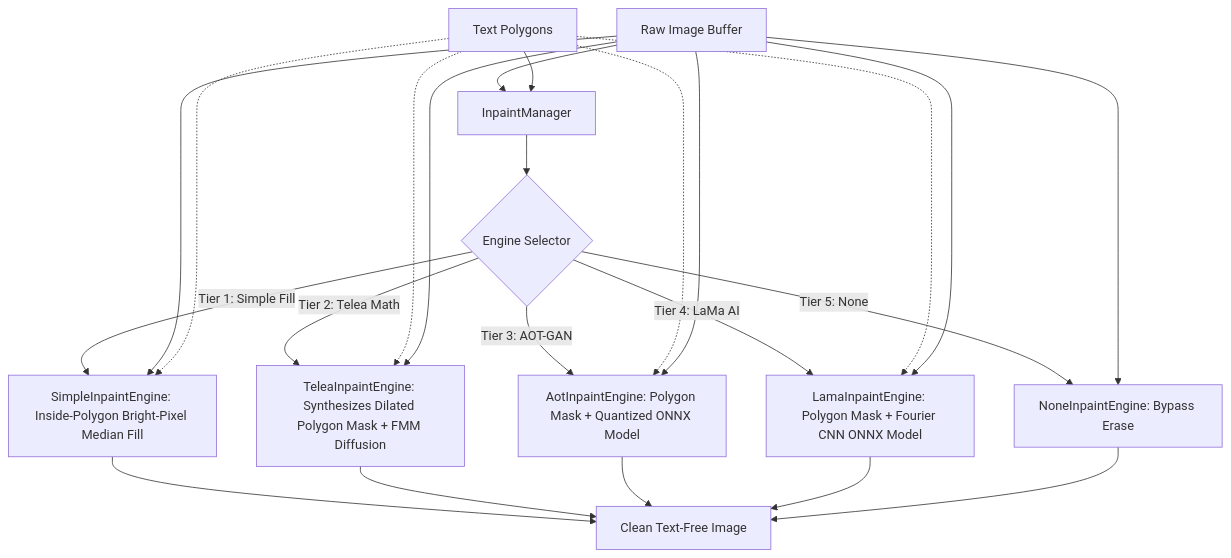
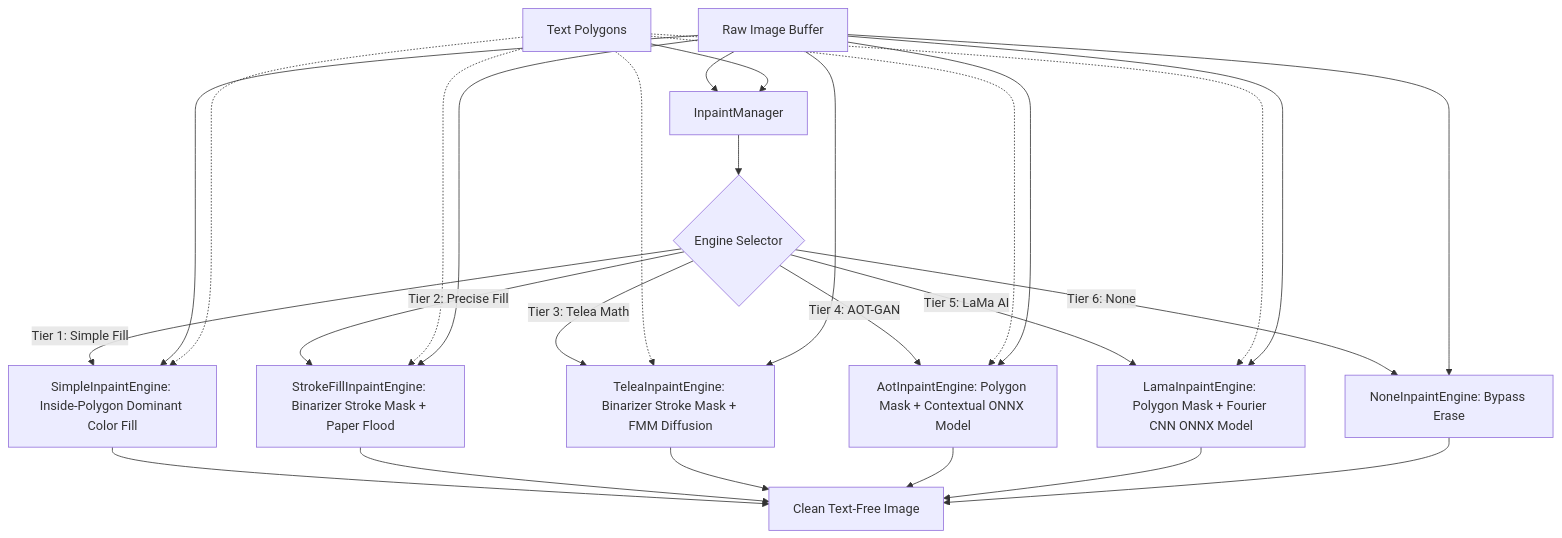
One commit to Unheat/Kites changed the second of 2 diagrams in docs/fullplan.md. Above: the diagram before and after it, drawn with Mermaid. The commit also changed other lines of this file and 4 other files, not shown here.

Commit message:
docs: fix Mermaid syntax errors, document Binarizer, and align all 6 inpaint tiers

````diff
--- a/docs/fullplan.md
+++ b/docs/fullplan.md
@@ -153,30 +153,34 @@
 ```mermaid
 graph TD
     ImageBuffer[Raw Image Buffer] --> InpaintManager
     Polygons[Text Polygons] --> InpaintManager
     
     InpaintManager --> EngineRouter{Engine Selector}
     
-    EngineRouter -- Tier 1: Simple Fill --> SimpleEngine[SimpleInpaintEngine: Inside-Polygon Bright-Pixel Median Fill]
-    EngineRouter -- Tier 2: Telea Math --> TeleaEngine[TeleaInpaintEngine: Synthesizes Dilated Polygon Mask + FMM Diffusion]
-    EngineRouter -- Tier 3: AOT-GAN --> AotEngine[AotInpaintEngine: Polygon Mask + Quantized ONNX Model]
-    EngineRouter -- Tier 4: LaMa AI --> LamaEngine[LamaInpaintEngine: Polygon Mask + Fourier CNN ONNX Model]
-    EngineRouter -- Tier 5: None --> NoneEngine[NoneInpaintEngine: Bypass Erase]
+    EngineRouter -- Tier 1: Simple Fill --> SimpleEngine["SimpleInpaintEngine: Inside-Polygon Dominant Color Fill"]
+    EngineRouter -- Tier 2: Precise Fill --> PreciseEngine["StrokeFillInpaintEngine: Binarizer Stroke Mask + Paper Flood"]
+    EngineRouter -- Tier 3: Telea Math --> TeleaEngine["TeleaInpaintEngine: Binarizer Stroke Mask + FMM Diffusion"]
+    EngineRouter -- Tier 4: AOT-GAN --> AotEngine["AotInpaintEngine: Polygon Mask + Contextual ONNX Model"]
+    EngineRouter -- Tier 5: LaMa AI --> LamaEngine["LamaInpaintEngine: Polygon Mask + Fourier CNN ONNX Model"]
+    EngineRouter -- Tier 6: None --> NoneEngine["NoneInpaintEngine: Bypass Erase"]
     
     ImageBuffer --> SimpleEngine
     Polygons -.-> SimpleEngine
+    Polygons -.-> PreciseEngine
     Polygons -.-> TeleaEngine
     Polygons -.-> AotEngine
     Polygons -.-> LamaEngine
     
+    ImageBuffer --> PreciseEngine
     ImageBuffer --> TeleaEngine
     ImageBuffer --> AotEngine
     ImageBuffer --> LamaEngine
     ImageBuffer --> NoneEngine
     
     SimpleEngine --> CleanBuffer[Clean Text-Free Image]
+    PreciseEngine --> CleanBuffer
     TeleaEngine --> CleanBuffer
     AotEngine --> CleanBuffer
     LamaEngine --> CleanBuffer
     NoneEngine --> CleanBuffer
 ```
````
